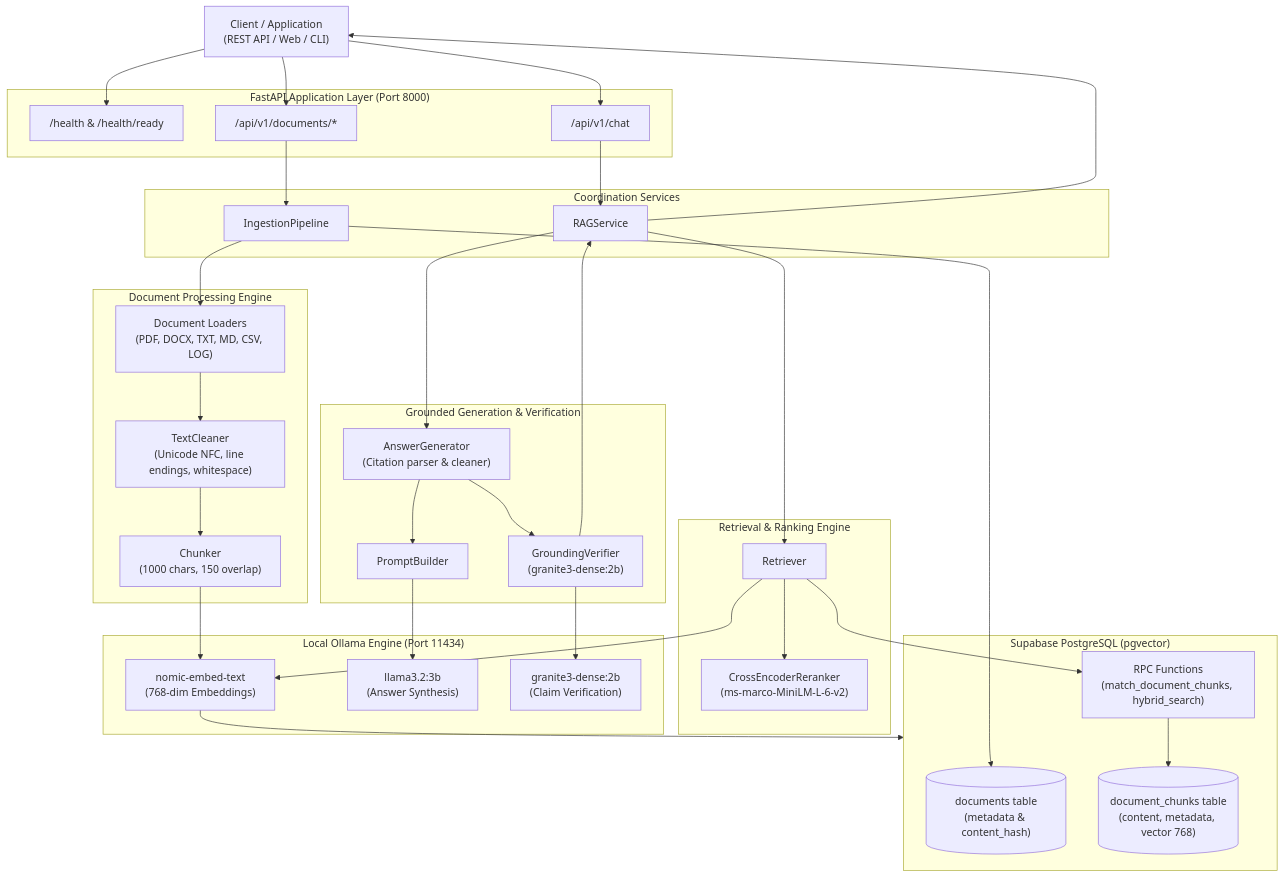
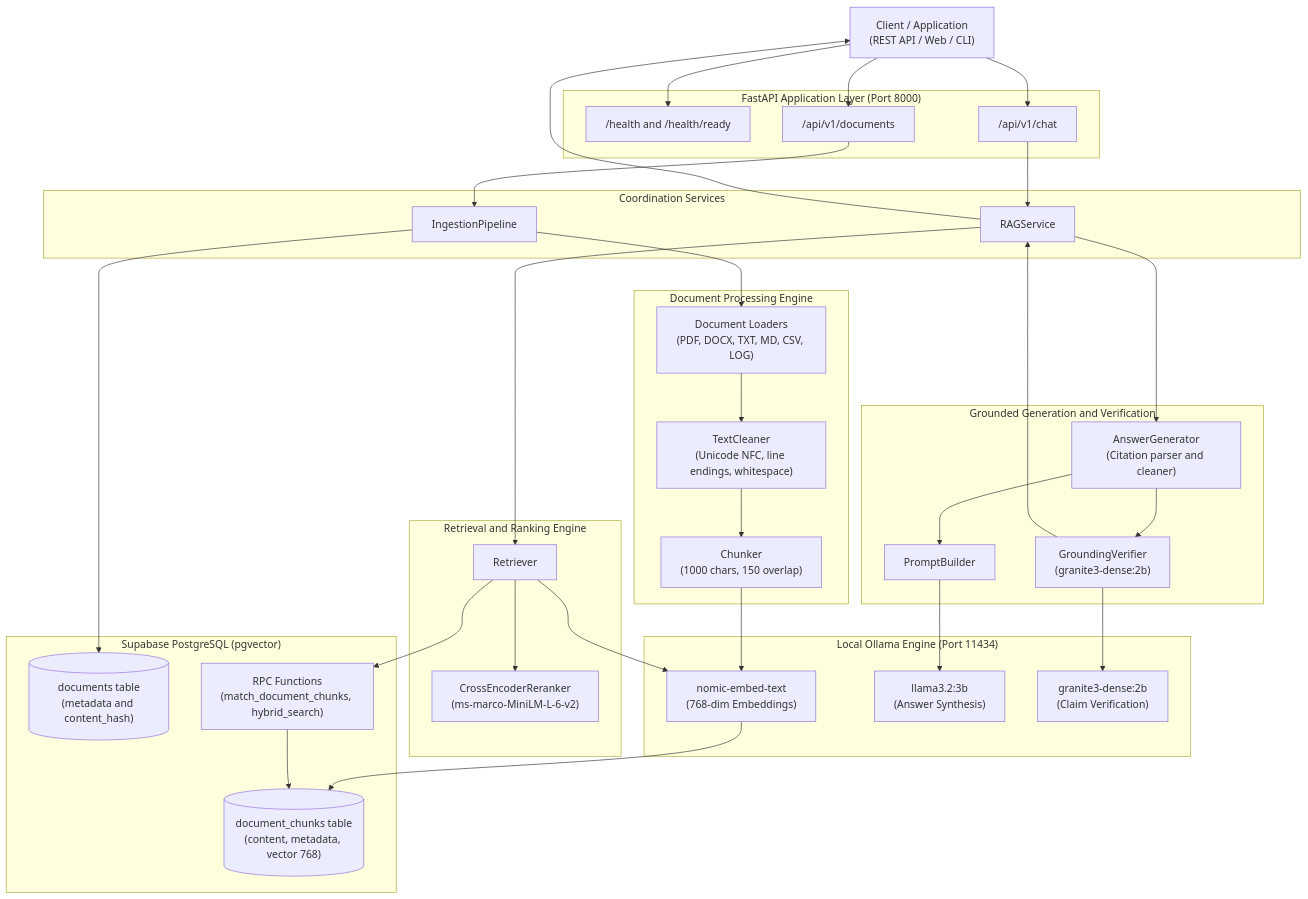
Before and after one commit to devansharya-dev/RAG: the first of 8 diagrams in README.md, drawn with Mermaid. The commit also changed other lines of this file, not shown here.

````diff
--- a/README.md
+++ b/README.md
@@ -108,69 +108,72 @@
 ```mermaid
 flowchart TD
-    Client["Client / Application\n(REST API / Web / CLI)"]
+    Client["Client / Application<br/>(REST API / Web / CLI)"]
 
     subgraph APILayer["FastAPI Application Layer (Port 8000)"]
-        HealthRoute["/health & /health/ready"]
-        DocRoute["/api/v1/documents/*"]
+        HealthRoute["/health and /health/ready"]
+        DocRoute["/api/v1/documents"]
         ChatRoute["/api/v1/chat"]
     end
 
     subgraph ServiceLayer["Coordination Services"]
         IngestionPipe["IngestionPipeline"]
         RAGServ["RAGService"]
     end
 
     subgraph ProcessingPipeline["Document Processing Engine"]
-        Loaders["Document Loaders\n(PDF, DOCX, TXT, MD, CSV, LOG)"]
-        Cleaner["TextCleaner\n(Unicode NFC, line endings, whitespace)"]
-        ChunkerMod["Chunker\n(1000 chars, 150 overlap)"]
+        Loaders["Document Loaders<br/>(PDF, DOCX, TXT, MD, CSV, LOG)"]
+        Cleaner["TextCleaner<br/>(Unicode NFC, line endings, whitespace)"]
+        ChunkerMod["Chunker<br/>(1000 chars, 150 overlap)"]
     end
 
     subgraph StorageLayer["Supabase PostgreSQL (pgvector)"]
-        DocTable[("documents table\n(metadata & content_hash)")]
-        ChunkTable[("document_chunks table\n(content, metadata, vector 768)")]
-        RPCFuncs["RPC Functions\n(match_document_chunks, hybrid_search)"]
+        DocTable[("documents table<br/>(metadata and content_hash)")]
+        ChunkTable[("document_chunks table<br/>(content, metadata, vector 768)")]
+        RPCFuncs["RPC Functions<br/>(match_document_chunks, hybrid_search)"]
     end
 
-    subgraph RetrievalLayer["Retrieval & Ranking Engine"]
+    subgraph RetrievalLayer["Retrieval and Ranking Engine"]
         RetrieverMod["Retriever"]
-        RerankerMod["CrossEncoderReranker\n(ms-marco-MiniLM-L-6-v2)"]
+        RerankerMod["CrossEncoderReranker<br/>(ms-marco-MiniLM-L-6-v2)"]
     end
 
-    subgraph GenerationLayer["Grounded Generation & Verification"]
+    subgraph GenerationLayer["Grounded Generation and Verification"]
         PromptBld["PromptBuilder"]
-        AnswerGen["AnswerGenerator\n(Citation parser & cleaner)"]
-        GroundVerifier["GroundingVerifier\n(granite3-dense:2b)"]
+        AnswerGen["AnswerGenerator<br/>(Citation parser and cleaner)"]
+        GroundVerifier["GroundingVerifier<br/>(granite3-dense:2b)"]
     end
 
     subgraph InferenceEngine["Local Ollama Engine (Port 11434)"]
-        EmbedModel["nomic-embed-text\n(768-dim Embeddings)"]
-        ChatModel["llama3.2:3b\n(Answer Synthesis)"]
-        VerifierModel["granite3-dense:2b\n(Claim Verification)"]
+        EmbedModel["nomic-embed-text<br/>(768-dim Embeddings)"]
+        ChatModel["llama3.2:3b<br/>(Answer Synthesis)"]
+        VerifierModel["granite3-dense:2b<br/>(Claim Verification)"]
     end
 
     Client --> DocRoute
     Client --> ChatRoute
     Client --> HealthRoute
 
     DocRoute --> IngestionPipe
     ChatRoute --> RAGServ
 
-    IngestionPipe --> Loaders --> Cleaner --> ChunkerMod
+    IngestionPipe --> Loaders
+    Loaders --> Cleaner
+    Cleaner --> ChunkerMod
     ChunkerMod --> EmbedModel
-    EmbedModel --> StorageLayer
+    EmbedModel --> ChunkTable
     IngestionPipe --> DocTable
 
     RAGServ --> RetrieverMod
     RetrieverMod --> EmbedModel
-    RetrieverMod --> RPCFuncs --> ChunkTable
+    RetrieverMod --> RPCFuncs
+    RPCFuncs --> ChunkTable
     RetrieverMod --> RerankerMod
 
     RAGServ --> AnswerGen
     AnswerGen --> PromptBld
     PromptBld --> ChatModel
     AnswerGen --> GroundVerifier
     GroundVerifier --> VerifierModel
     GroundVerifier --> RAGServ
     RAGServ --> Client
 ```
````
